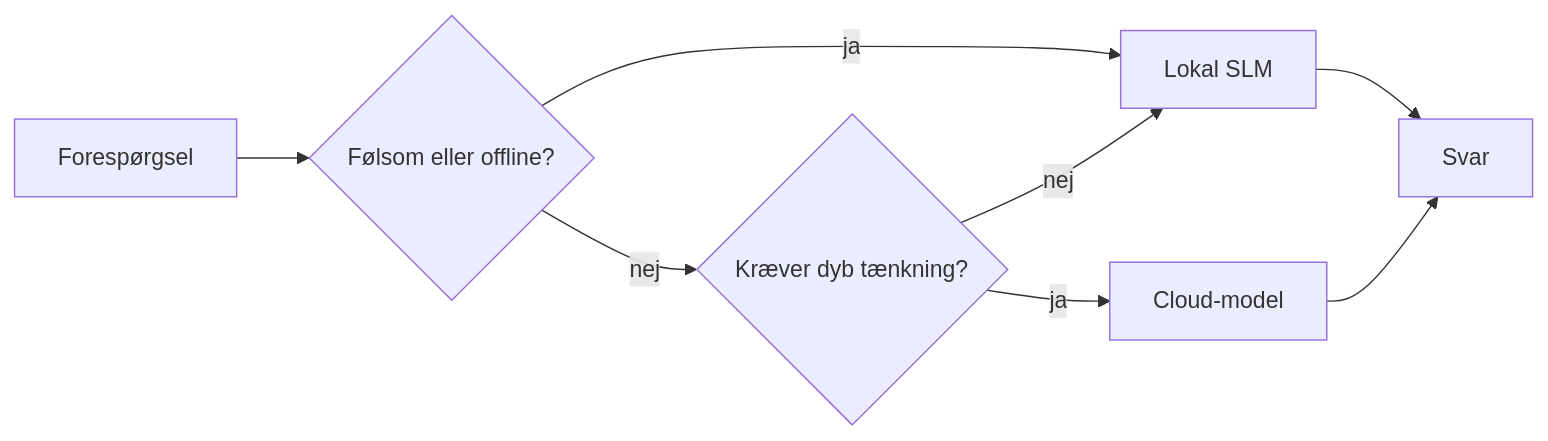
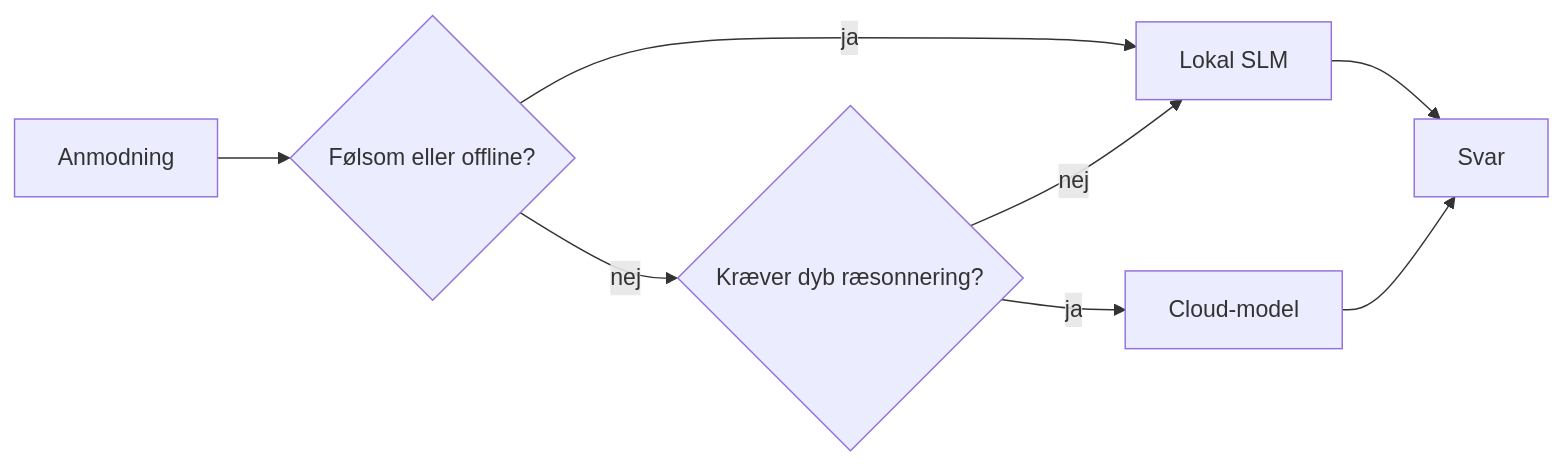
Before and after one commit to microsoft/ai-agents-for-beginners: the fourth of 4 diagrams in translations/da/17-creating-local-ai-agents/README.md, drawn with Mermaid. The commit also changed other lines of this file and 47 other files, not shown here.

````diff
--- a/translations/da/17-creating-local-ai-agents/README.md
+++ b/translations/da/17-creating-local-ai-agents/README.md
@@ -156,10 +156,10 @@
 ```mermaid
 flowchart LR
-    Q[Forespørgsel] --> S{Følsom eller offline?}
+    Q[Anmodning] --> S{Følsom eller offline?}
     S -->|ja| L[Lokal SLM]
-    S -->|nej| C{Kræver dyb tænkning?}
+    S -->|nej| C{Kræver dyb ræsonnering?}
     C -->|nej| L
     C -->|ja| Cloud[Cloud-model]
     L --> Out[Svar]
     Cloud --> Out
 ```
````
